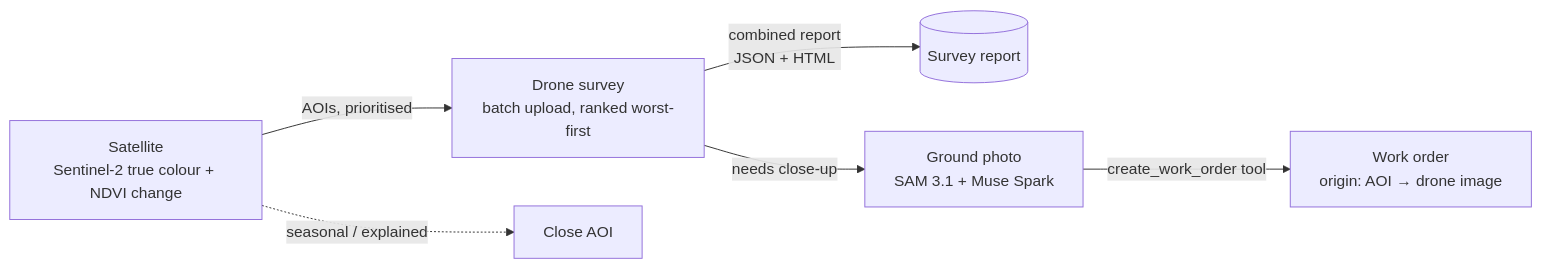
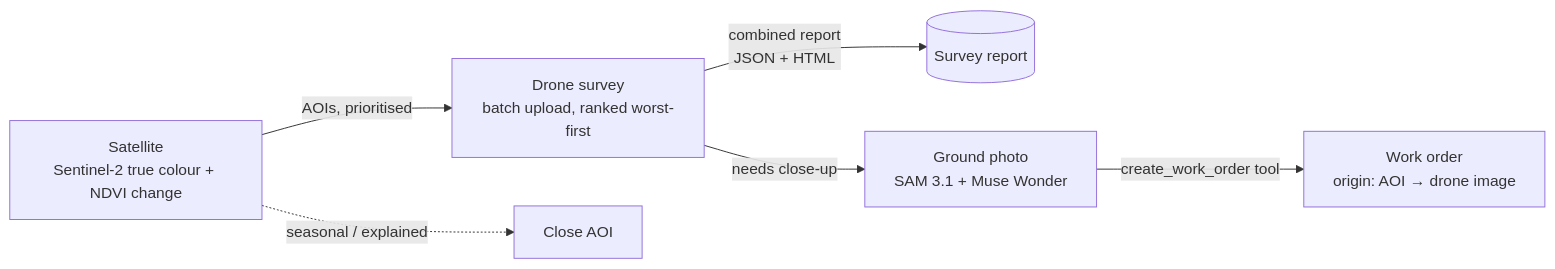
The diagram in README.md (barbaraackles/sitesense), drawn with Mermaid before and after one commit. The commit also changed other lines of this file and 2 other files, not shown here.

Commit message:
Switch diagnosis default to Muse Wonder; README consistency; seal private satellite data in gitignore

````diff
--- a/README.md
+++ b/README.md
@@ -41,8 +41,8 @@
 ```mermaid
 flowchart LR
   S[Satellite<br/>Sentinel-2 true colour + NDVI change] -->|AOIs, prioritised| D[Drone survey<br/>batch upload, ranked worst-first]
   S -.->|seasonal / explained| X[Close AOI]
   D -->|combined report<br/>JSON + HTML| R[(Survey report)]
-  D -->|needs close-up| G[Ground photo<br/>SAM 3.1 + Muse Spark]
+  D -->|needs close-up| G[Ground photo<br/>SAM 3.1 + Muse Wonder]
   G -->|create_work_order tool| W[Work order<br/>origin: AOI → drone image]
 ```
````
